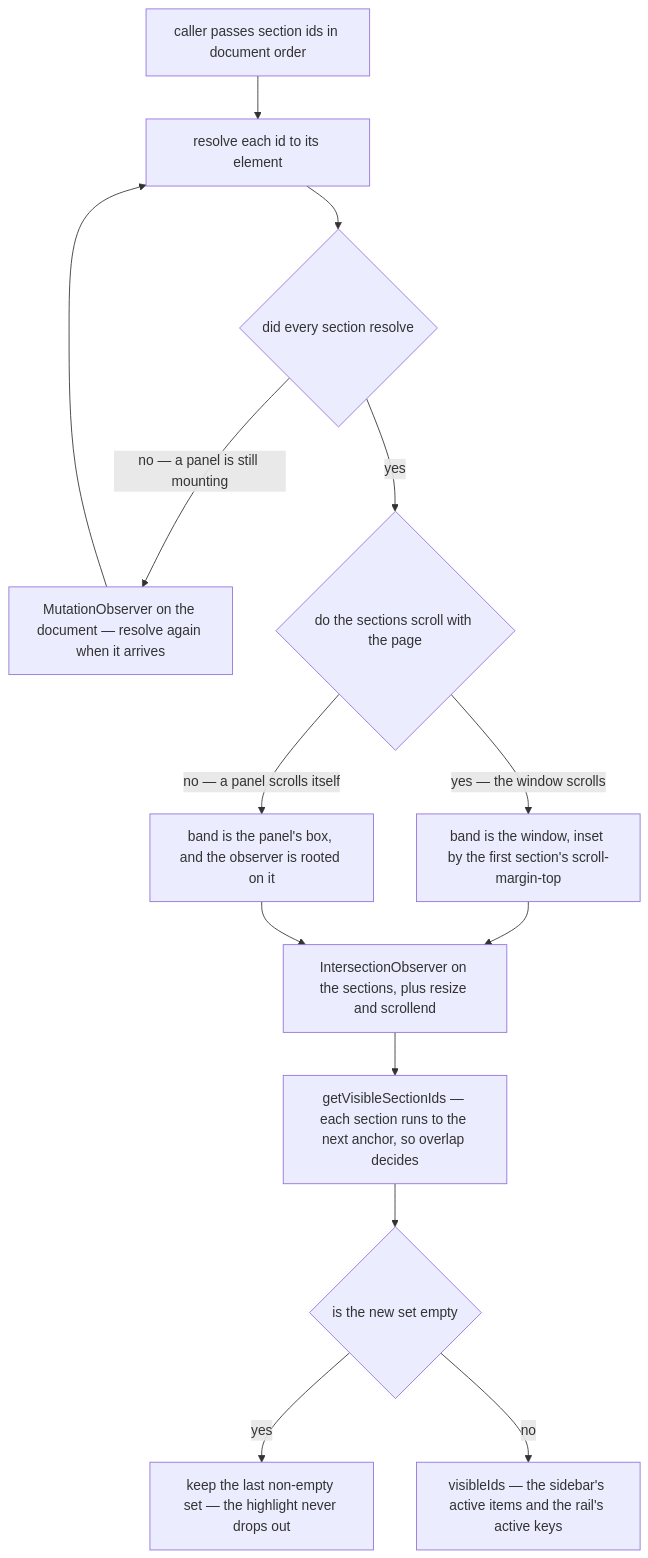
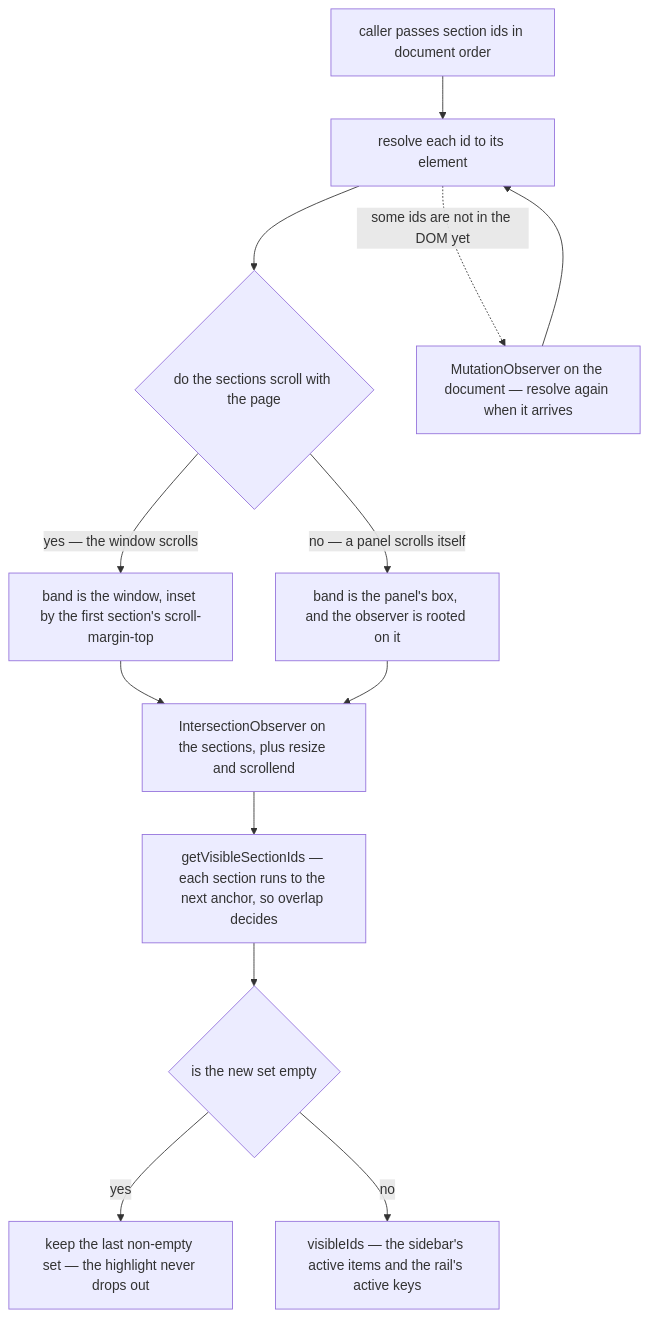
Before and after one commit to Esposter/Esposter: the diagram in packages/app/content/docs/architecture/section-navigation.md, drawn with Mermaid. The commit also changed 1 other file, not shown here.

Commit message:
fix: reset visible section IDs when section set changes

````diff
--- a/packages/app/content/docs/architecture/section-navigation.md
+++ b/packages/app/content/docs/architecture/section-navigation.md
@@ -14,16 +14,15 @@
 ```mermaid
 flowchart TD
   IDS["caller passes section ids in document order"] --> RESOLVE["resolve each id to its element"]
-  RESOLVE --> LATE{"did every section resolve"}
-  LATE -->|"no — a panel is still mounting"| MUTATION["MutationObserver on the document — resolve again when it arrives"]
+  RESOLVE --> BOUNDS{"do the sections scroll with the page"}
+  RESOLVE -.->|"some ids are not in the DOM yet"| MUTATION["MutationObserver on the document — resolve again when it arrives"]
   MUTATION --> RESOLVE
-  LATE -->|"yes"| BOUNDS{"do the sections scroll with the page"}
   BOUNDS -->|"yes — the window scrolls"| PAGE["band is the window, inset by the first section's scroll-margin-top"]
   BOUNDS -->|"no — a panel scrolls itself"| PANEL["band is the panel's box, and the observer is rooted on it"]
   PAGE --> WATCH["IntersectionObserver on the sections, plus resize and scrollend"]
   PANEL --> WATCH
   WATCH --> SPAN["getVisibleSectionIds — each section runs to the next anchor, so overlap decides"]
   SPAN --> KEEP{"is the new set empty"}
   KEEP -->|"yes"| HOLD["keep the last non-empty set — the highlight never drops out"]
   KEEP -->|"no"| EMIT["visibleIds — the sidebar's active items and the rail's active keys"]
 ```
````
